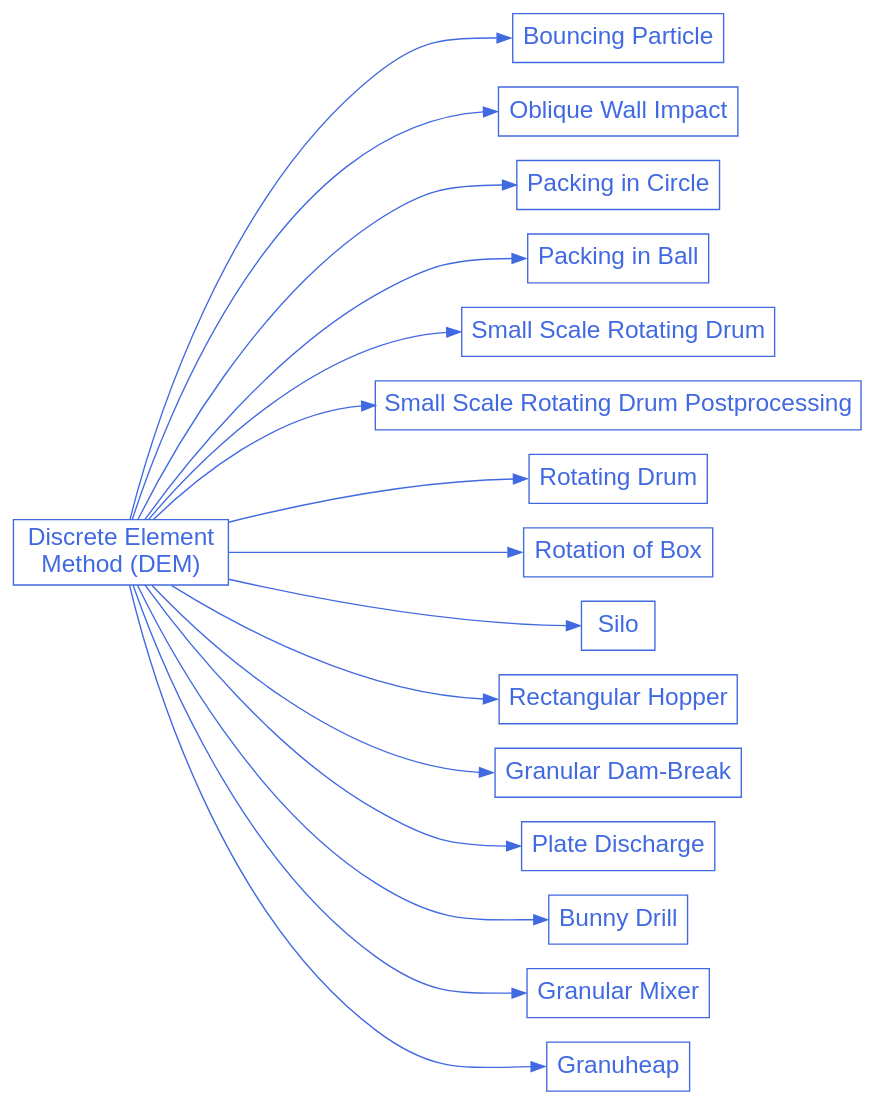
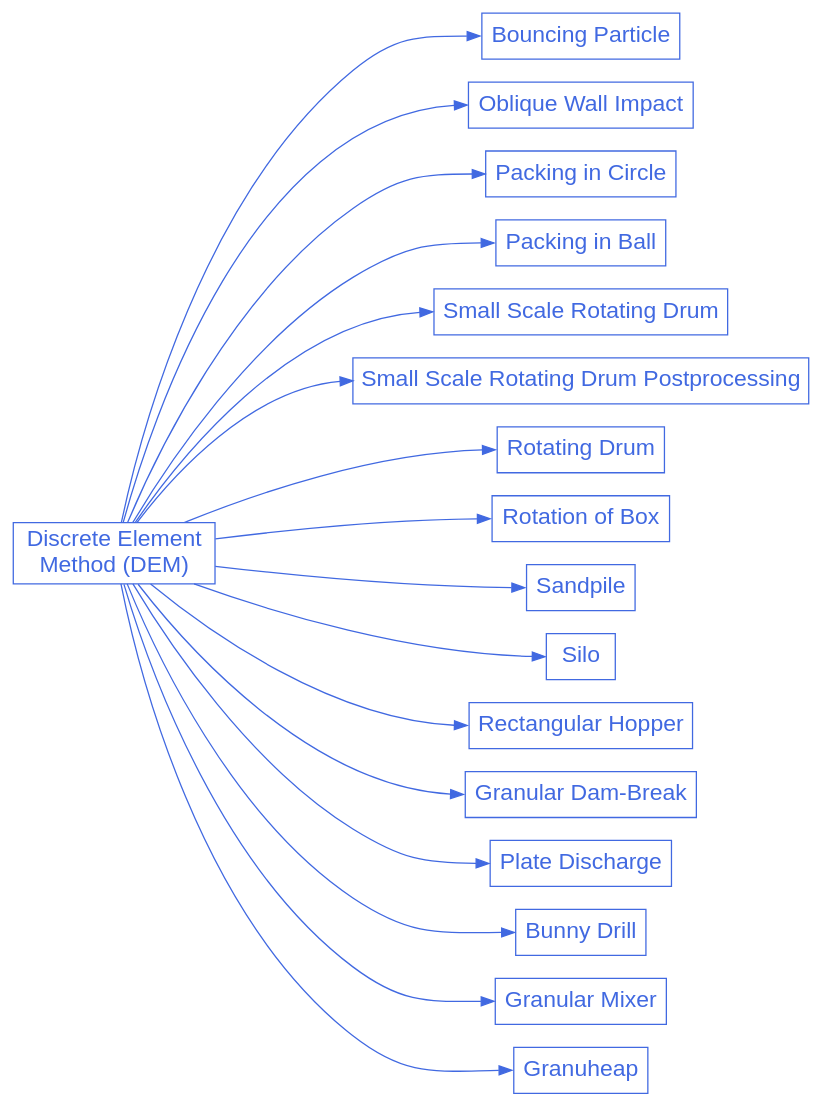
One commit to chaos-polymtl/lethe changed the diagram in doc/source/examples/dem/dem.rst. Above: the diagram before and after it, drawn with Graphviz. The commit also changed other lines of this file and 14 other files, not shown here.

```diff
--- a/doc/source/examples/dem/dem.rst
+++ b/doc/source/examples/dem/dem.rst
@@ -28,57 +29,60 @@
 .. graphviz:: 
 
     digraph dem_diagram {
       graph [bgcolor="transparent", align=true, ranksep=1.5];
       node [fontname=Arial, fontsize=18, shape=box, fontcolor=royalblue, color=royalblue];
       edge [color=royalblue];
       rankdir="LR";
       size = "9,9";
       
       dem [label="Discrete Element \nMethod (DEM)", href="https://chaos-polymtl.github.io/lethe/documentation/examples/dem/dem.html"];
 
       dem_1 [label="Bouncing Particle", href="https://chaos-polymtl.github.io/lethe/documentation/examples/dem/bouncing-particle/bouncing-particle.html"];
 
       dem_2 [label="Oblique Wall Impact", href="https://chaos-polymtl.github.io/lethe/documentation/examples/dem/oblique-wall-impact/oblique-wall-impact.html"];
 
       dem_3 [label="Packing in Circle", href="https://chaos-polymtl.github.io/lethe/documentation/examples/dem/packing-in-circle/packing-in-circle.html"];
 
       dem_4 [label="Packing in Ball", href="https://chaos-polymtl.github.io/lethe/documentation/examples/dem/packing-in-ball/packing-in-ball.html"];
 
       dem_5 [label="Small Scale Rotating Drum", href="https://chaos-polymtl.github.io/lethe/documentation/examples/dem/small-scale-rotating-drum/small-scale-rotating-drum.html"];
     
       dem_6 [label="Small Scale Rotating Drum Postprocessing", href="https://chaos-polymtl.github.io/lethe/documentation/examples/dem/small-scale-rotating-drum-postprocessing/small-scale-rotating-drum-postprocessing.html"];
 
       dem_7 [label="Rotating Drum", href="https://chaos-polymtl.github.io/lethe/documentation/examples/dem/rotating-drum/rotating-drum.html"];
 
       dem_8 [label="Rotation of Box", href="https://chaos-polymtl.github.io/lethe/documentation/examples/dem/rotation-of-box/rotation-of-box.html"];
 
-      dem_9 [label="Silo", href="https://chaos-polymtl.github.io/lethe/documentation/examples/dem/silo/silo.html"]; 
+      dem_9 [label="Sandpile", href="https://chaos-polymtl.github.io/lethe/documentation/examples/dem/sandpile-formation/sandpile-formation.html"]; 
 
-      dem_10 [label="Rectangular Hopper", href="https://chaos-polymtl.github.io/lethe/documentation/examples/dem/rectangular-hopper/rectangular-hopper.html"];
+      dem_10 [label="Silo", href="https://chaos-polymtl.github.io/lethe/documentation/examples/dem/silo/silo.html"]; 
 
-      dem_11 [label="Granular Dam-Break", href="https://chaos-polymtl.github.io/lethe/documentation/examples/dem/granular-dam-break/granular-dam-break.html"];
+      dem_11 [label="Rectangular Hopper", href="https://chaos-polymtl.github.io/lethe/documentation/examples/dem/rectangular-hopper/rectangular-hopper.html"];
 
-      dem_12 [label="Plate Discharge", href="https://chaos-polymtl.github.io/lethe/documentation/examples/dem/plate-discharge/plate-discharge.html"];
+      dem_12 [label="Granular Dam-Break", href="https://chaos-polymtl.github.io/lethe/documentation/examples/dem/granular-dam-break/granular-dam-break.html"];
 
-      dem_13 [label="Bunny Drill", href="https://chaos-polymtl.github.io/lethe/documentation/examples/dem/bunny-drill/bunny-drill.html"];
+      dem_13 [label="Plate Discharge", href="https://chaos-polymtl.github.io/lethe/documentation/examples/dem/plate-discharge/plate-discharge.html"];
 
-      dem_14 [label="Granular Mixer", href="https://chaos-polymtl.github.io/lethe/documentation/examples/dem/granular-mixer/granular-mixer.html"];
+      dem_14 [label="Bunny Drill", href="https://chaos-polymtl.github.io/lethe/documentation/examples/dem/bunny-drill/bunny-drill.html"];
 
-      dem_15 [label="Granuheap", href="https://chaos-polymtl.github.io/lethe/documentation/examples/dem/granuheap/granuheap.html"];
+      dem_15 [label="Granular Mixer", href="https://chaos-polymtl.github.io/lethe/documentation/examples/dem/granular-mixer/granular-mixer.html"];
+
+      dem_16 [label="Granuheap", href="https://chaos-polymtl.github.io/lethe/documentation/examples/dem/granuheap/granuheap.html"];
 
       dem -> dem_1:w;
       dem -> dem_2:w;
       dem -> dem_3:w;
       dem -> dem_4:w;
       dem -> dem_5:w;
       dem -> dem_6:w;
       dem -> dem_7:w;
       dem -> dem_8:w;
       dem -> dem_9:w;
       dem -> dem_10:w;
       dem -> dem_11:w;
       dem -> dem_12:w;
       dem -> dem_13:w;
       dem -> dem_14:w;
       dem -> dem_15:w;
+      dem -> dem_16:w;     
     }
```
